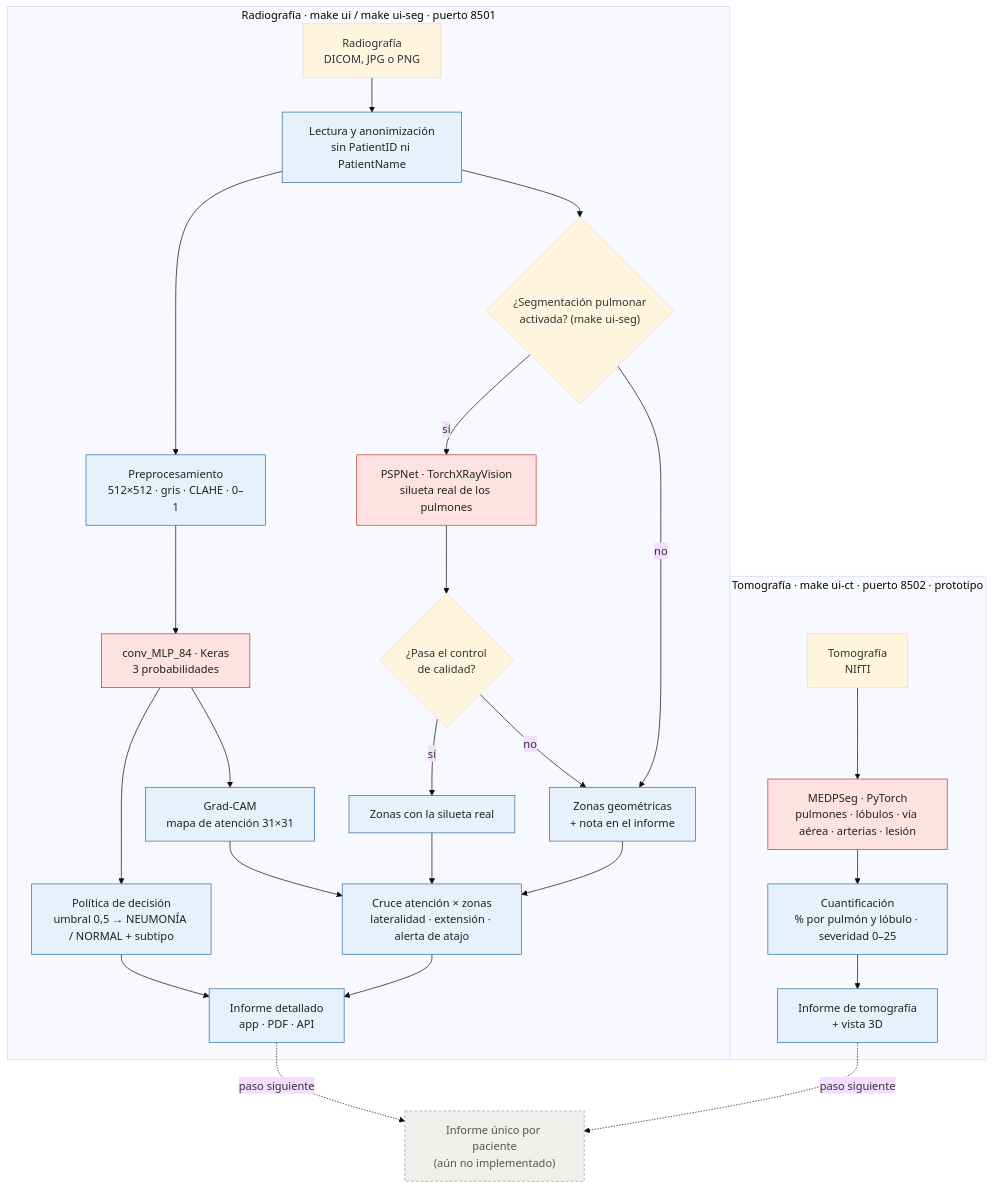
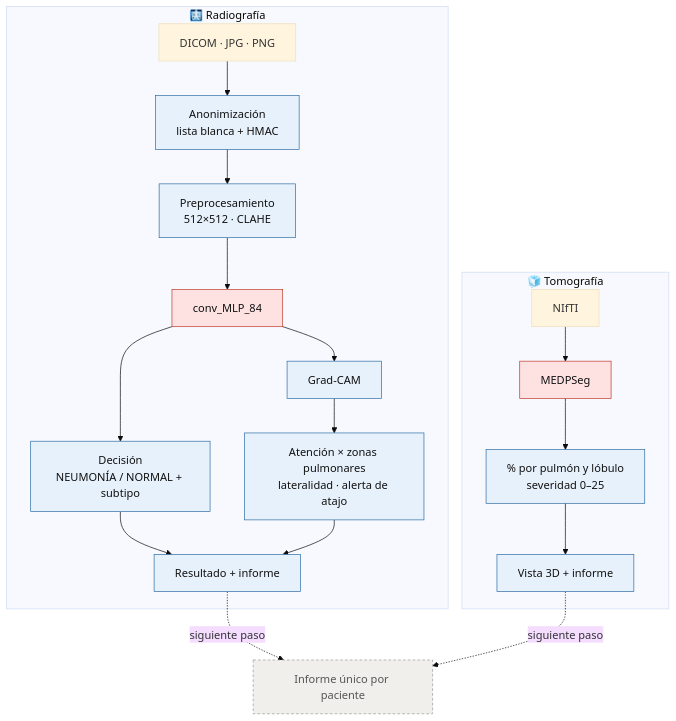
The second of 2 diagrams in README.md (JulianReneMunoz/Neumonia), drawn with Mermaid (base theme) before and after one commit. The commit also changed other lines of this file and 4 other files, not shown here.

````diff
--- a/README.md
+++ b/README.md
@@ -323,34 +243,26 @@
 ```mermaid
 flowchart TD
-    subgraph RX["Radiografía · make ui / make ui-seg · puerto 8501"]
-        A["Radiografía<br/>DICOM, JPG o PNG"] --> B["Lectura y anonimización<br/>sin PatientID ni PatientName"]
-        B --> C["Preprocesamiento<br/>512×512 · gris · CLAHE · 0–1"]
-        C --> D["conv_MLP_84 · Keras<br/>3 probabilidades"]
-        D --> E["Política de decisión<br/>umbral 0,5 → NEUMONÍA / NORMAL + subtipo"]
-        D --> F["Grad-CAM<br/>mapa de atención 31×31"]
-        B --> G{"¿Segmentación pulmonar<br/>activada? (make ui-seg)"}
-        G -- sí --> H["PSPNet · TorchXRayVision<br/>silueta real de los pulmones"]
-        H --> Q{"¿Pasa el control<br/>de calidad?"}
-        Q -- sí --> Z["Zonas con la silueta real"]
-        Q -- no --> ZG["Zonas geométricas<br/>+ nota en el informe"]
-        G -- no --> ZG
-        F --> X["Cruce atención × zonas<br/>lateralidad · extensión · alerta de atajo"]
-        Z --> X
-        ZG --> X
-        E --> R["Informe detallado<br/>app · PDF · API"]
+    subgraph RX["🩻 Radiografía"]
+        A["DICOM · JPG · PNG"] --> B["Anonimización<br/>lista blanca + HMAC"]
+        B --> C["Preprocesamiento<br/>512×512 · CLAHE"]
+        C --> D["conv_MLP_84"]
+        D --> E["Decisión<br/>NEUMONÍA / NORMAL + subtipo"]
+        D --> F["Grad-CAM"]
+        F --> X["Atención × zonas pulmonares<br/>lateralidad · alerta de atajo"]
+        E --> R["Resultado + informe"]
         X --> R
     end
-    subgraph CT["Tomografía · make ui-ct · puerto 8502 · prototipo"]
-        T["Tomografía<br/>NIfTI"] --> M["MEDPSeg · PyTorch<br/>pulmones · lóbulos · vía aérea · arterias · lesión"]
-        M --> K["Cuantificación<br/>% por pulmón y lóbulo · severidad 0–25"]
-        K --> RC["Informe de tomografía<br/>+ vista 3D"]
+    subgraph TC["🧊 Tomografía"]
+        T["NIfTI"] --> M["MEDPSeg"]
+        M --> K["% por pulmón y lóbulo<br/>severidad 0–25"]
+        K --> V["Vista 3D + informe"]
     end
-    R -. "paso siguiente" .-> I["Informe único por paciente<br/>(aún no implementado)"]
-    RC -. "paso siguiente" .-> I
-    classDef modelo fill:#fde2e1,stroke:#c0392b,color:#222
-    classDef nuestro fill:#e7f1fb,stroke:#2e6da4,color:#222
+    R -. "siguiente paso" .-> I["Informe único por paciente"]
+    V -. "siguiente paso" .-> I
+    classDef modelo fill:#fde2e1,stroke:#c0392b,color:#111
+    classDef propio fill:#e7f1fb,stroke:#2e6da4,color:#111
     classDef futuro fill:#f0efec,stroke:#999,color:#555,stroke-dasharray:4 3
-    class D,H,M modelo
-    class E,F,X,ZG,Z,K,R,RC,B,C nuestro
+    class D,M modelo
+    class B,C,E,F,X,R,K,V propio
     class I futuro
 ```
````
